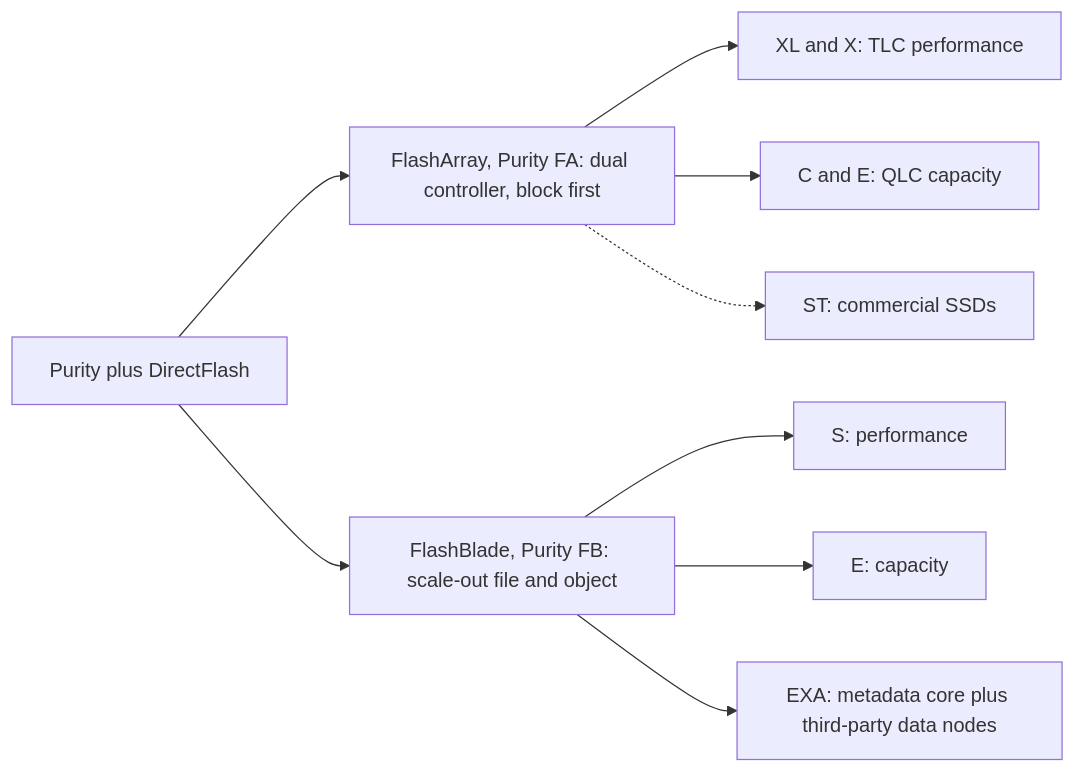
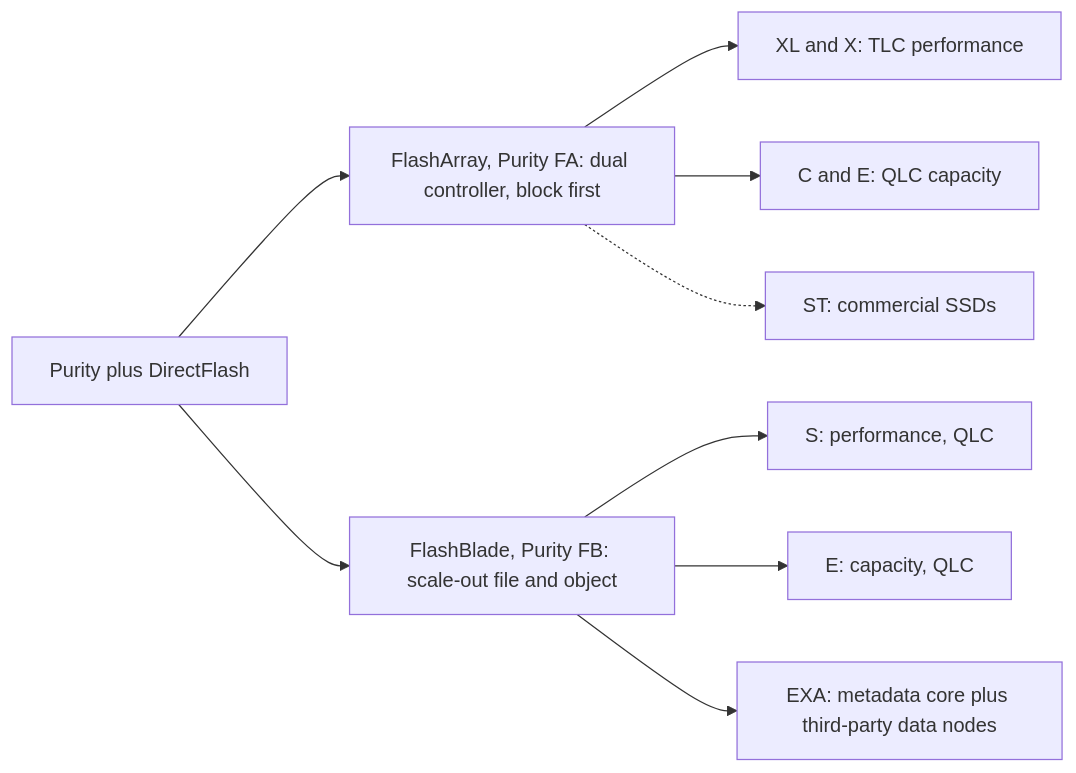
Before and after one commit to FrankHuang94/storage-_db_claude: the fourth of 7 diagrams in docs/00-start-here/00b-one-page-map.md, drawn with Mermaid. The commit also changed other lines of this file and 55 other files, not shown here.

````diff
--- a/docs/00-start-here/00b-one-page-map.md
+++ b/docs/00-start-here/00b-one-page-map.md
@@ -126,11 +126,11 @@
 ```mermaid
 flowchart LR
     P["Purity plus DirectFlash"] --> FA["FlashArray, Purity FA: dual controller, block first"]
     P --> FB["FlashBlade, Purity FB: scale-out file and object"]
     FA --> FA1["XL and X: TLC performance"]
     FA --> FA2["C and E: QLC capacity"]
     FA -.-> FA3["ST: commercial SSDs"]
-    FB --> FB1["S: performance"]
-    FB --> FB2["E: capacity"]
+    FB --> FB1["S: performance, QLC"]
+    FB --> FB2["E: capacity, QLC"]
     FB --> FB3["EXA: metadata core plus third-party data nodes"]
 ```
````
